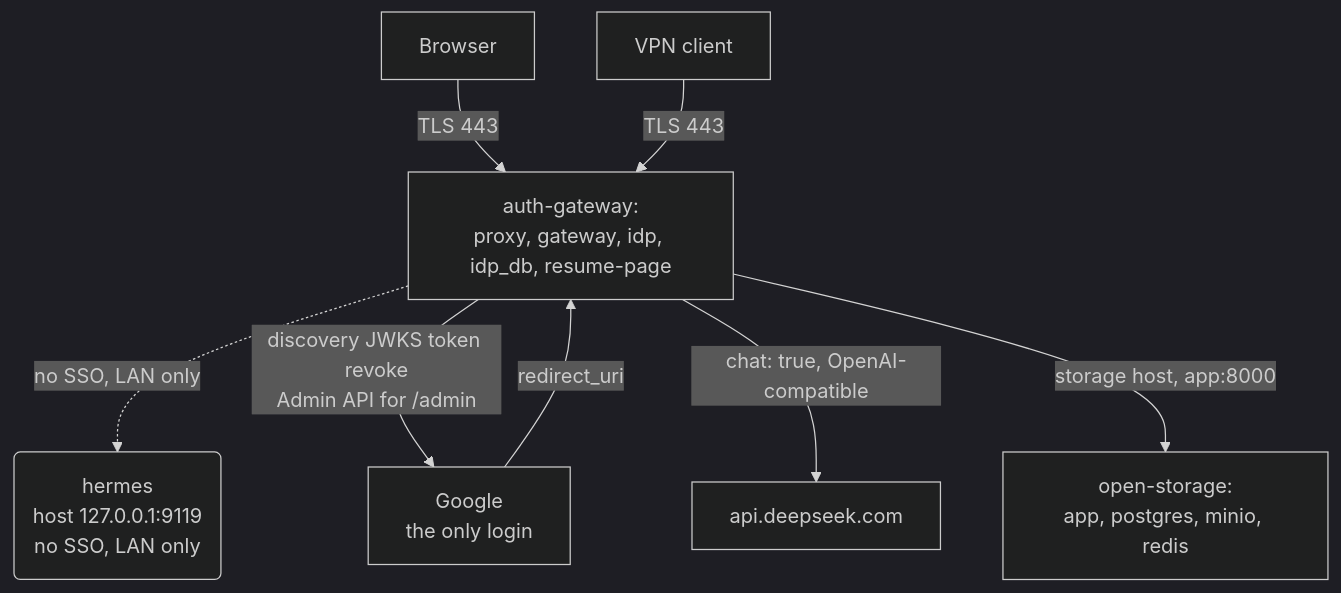
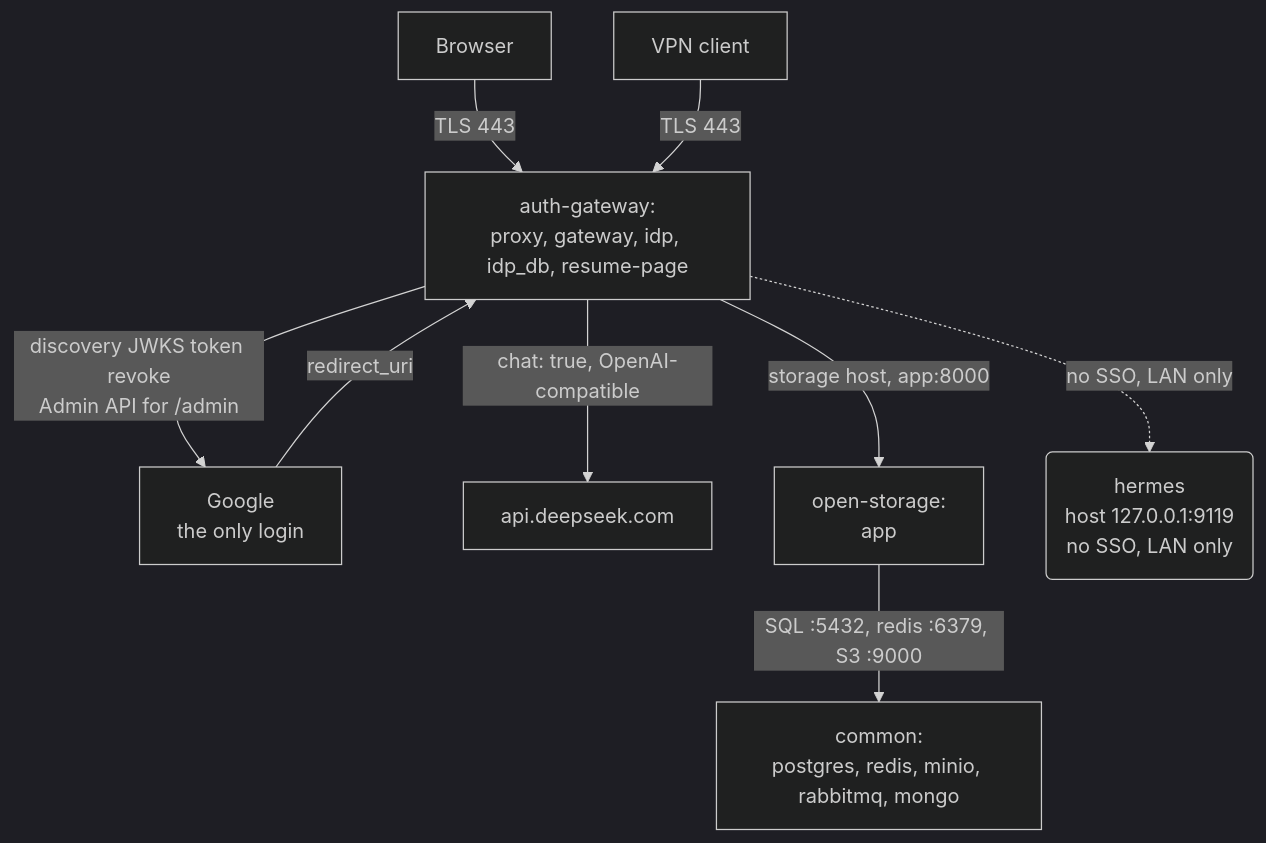
Before and after one commit to Aleshka5/Open-Storage: the diagram in docs/init.md, drawn with Mermaid (dark theme). The commit also changed other lines of this file and 48 other files, not shown here.

````diff
--- a/docs/init.md
+++ b/docs/init.md
@@ -22,18 +25,20 @@
 ```mermaid
 flowchart TB
   W["Browser"]
   V["VPN client"]
   G["Google<br/>the only login"]
   DS["api.deepseek.com"]
   AG["auth-gateway:<br/>proxy, gateway, idp, idp_db, resume-page"]
-  OS["open-storage:<br/>app, postgres, minio, redis"]
+  OS["open-storage:<br/>app"]
+  CM["common:<br/>postgres, redis, minio, rabbitmq, mongo"]
   HM("hermes<br/>host 127.0.0.1:9119<br/>no SSO, LAN only")
 
   W -->|"TLS 443"| AG
   V -->|"TLS 443"| AG
   AG -.->|"no SSO, LAN only"| HM
   AG -->|"discovery JWKS token revoke<br/>Admin API for /admin"| G
   AG -->|"chat: true, OpenAI-compatible"| DS
   AG -->|"storage host, app:8000"| OS
+  OS -->|"SQL :5432, redis :6379, S3 :9000"| CM
   G -->|"redirect_uri"| AG
 ```
````
